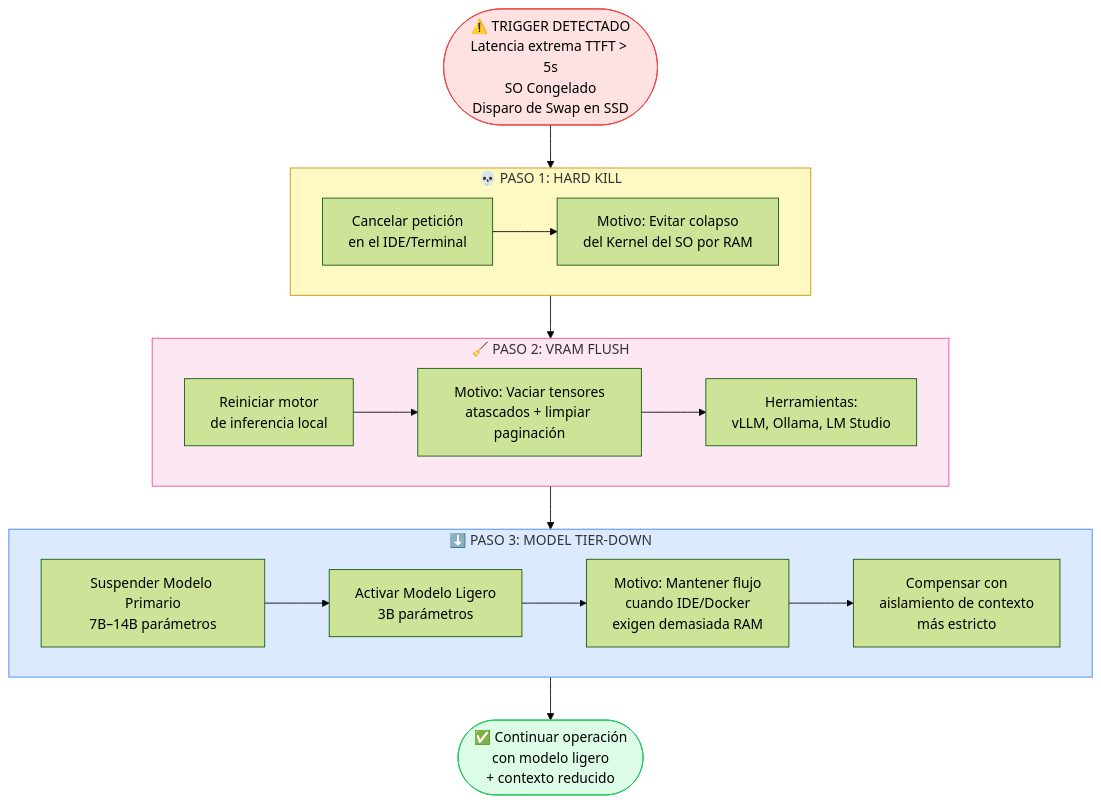
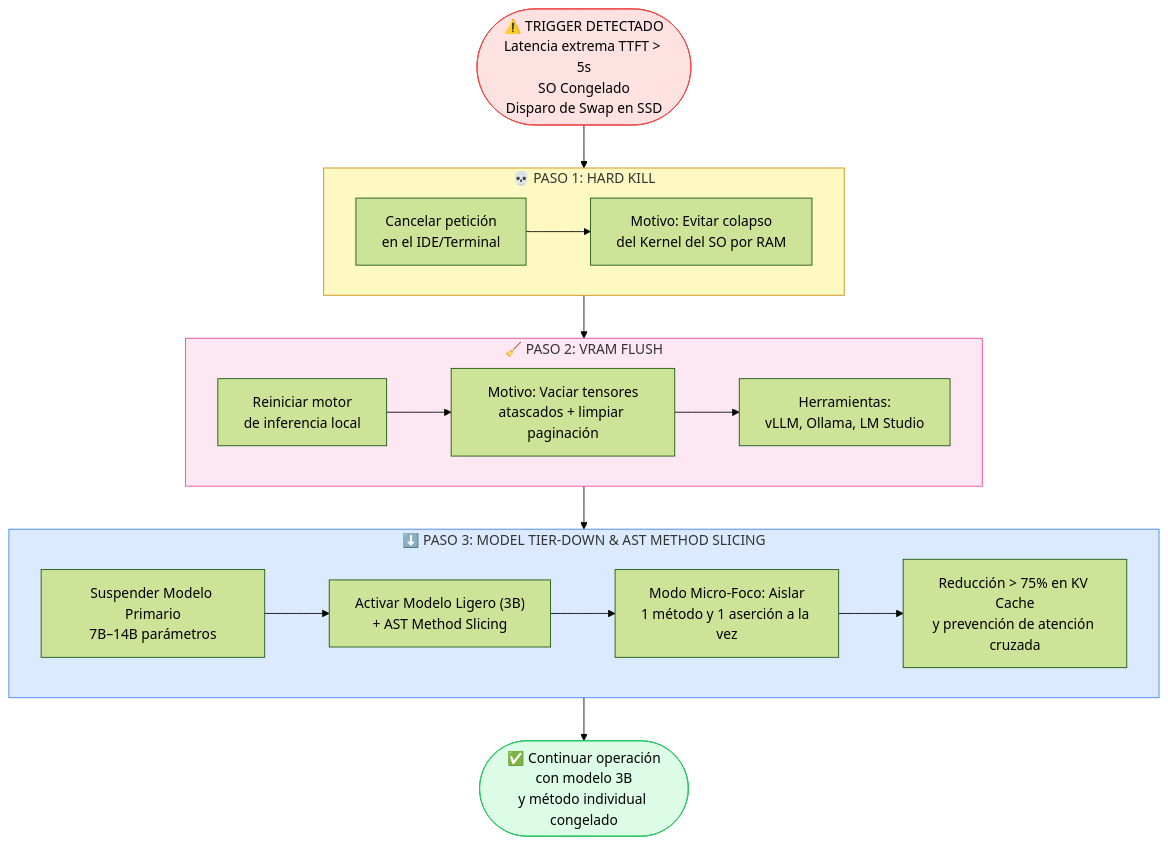
Before and after one commit to brunoguzman-dev/H-AXP: the first of 3 diagrams in diagrams/protocolo-oom.md, drawn with Mermaid (forest theme). The commit also changed 20 other files, not shown here.

````diff
--- a/diagrams/protocolo-oom.md
+++ b/diagrams/protocolo-oom.md
@@ -9,39 +9,39 @@
 ```mermaid
 flowchart TD
     TRIGGER(["⚠️ TRIGGER DETECTADO\nLatencia extrema TTFT > 5s\nSO Congelado\nDisparo de Swap en SSD"])
 
     TRIGGER --> PASO1
 
     subgraph PASO1["💀 PASO 1: HARD KILL"]
         P1A["Cancelar petición\nen el IDE/Terminal"]
         P1B["Motivo: Evitar colapso\ndel Kernel del SO por RAM"]
         P1A --> P1B
     end
 
     PASO1 --> PASO2
 
     subgraph PASO2["🧹 PASO 2: VRAM FLUSH"]
         P2A["Reiniciar motor\nde inferencia local"]
         P2B["Motivo: Vaciar tensores\natascados + limpiar paginación"]
         P2C["Herramientas:\nvLLM, Ollama, LM Studio"]
         P2A --> P2B --> P2C
     end
 
     PASO2 --> PASO3
 
-    subgraph PASO3["⬇️ PASO 3: MODEL TIER-DOWN"]
+    subgraph PASO3["⬇️ PASO 3: MODEL TIER-DOWN & AST METHOD SLICING"]
         P3A["Suspender Modelo Primario\n7B–14B parámetros"]
-        P3B["Activar Modelo Ligero\n3B parámetros"]
-        P3C["Motivo: Mantener flujo\ncuando IDE/Docker\nexigen demasiada RAM"]
-        P3D["Compensar con\naislamiento de contexto\nmás estricto"]
+        P3B["Activar Modelo Ligero (3B)\n+ AST Method Slicing"]
+        P3C["Modo Micro-Foco: Aislar\n1 método y 1 aserción a la vez"]
+        P3D["Reducción > 75% en KV Cache\ny prevención de atención cruzada"]
         P3A --> P3B --> P3C --> P3D
     end
 
-    PASO3 --> CONTINUAR(["✅ Continuar operación\ncon modelo ligero\n+ contexto reducido"])
+    PASO3 --> CONTINUAR(["✅ Continuar operación\ncon modelo 3B\ny método individual congelado"])
 
     style TRIGGER fill:#fee2e2,stroke:#ef4444
     style PASO1 fill:#fef9c3,stroke:#ca8a04
     style PASO2 fill:#fce7f3,stroke:#ec4899
     style PASO3 fill:#dbeafe,stroke:#3b82f6
     style CONTINUAR fill:#dcfce7,stroke:#22c55e
 ```
````
